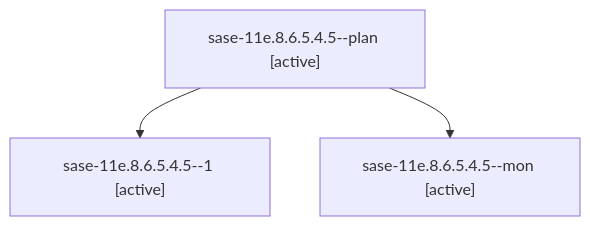
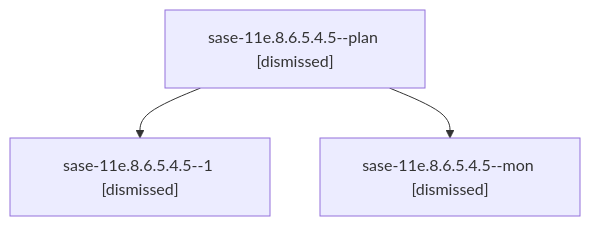
One commit to sase-org/sase--agents changed the diagram in sessions/bbugyi200.athena.sase-11e.8.6.5.4.5.md. Above: the diagram before and after it, drawn with Mermaid. The commit also changed other lines of this file and 199 other files, not shown here.

````diff
--- a/sessions/bbugyi200.athena.sase-11e.8.6.5.4.5.md
+++ b/sessions/bbugyi200.athena.sase-11e.8.6.5.4.5.md
@@ -9,8 +9,8 @@
 ```mermaid
 flowchart TD
-  n0["sase-11e.8.6.5.4.5--plan [active]"]
-  n1["sase-11e.8.6.5.4.5--1 [active]"]
+  n0["sase-11e.8.6.5.4.5--plan [dismissed]"]
+  n1["sase-11e.8.6.5.4.5--1 [dismissed]"]
   n0 --> n1
-  n2["sase-11e.8.6.5.4.5--mon [active]"]
+  n2["sase-11e.8.6.5.4.5--mon [dismissed]"]
   n0 --> n2
 ```
````
